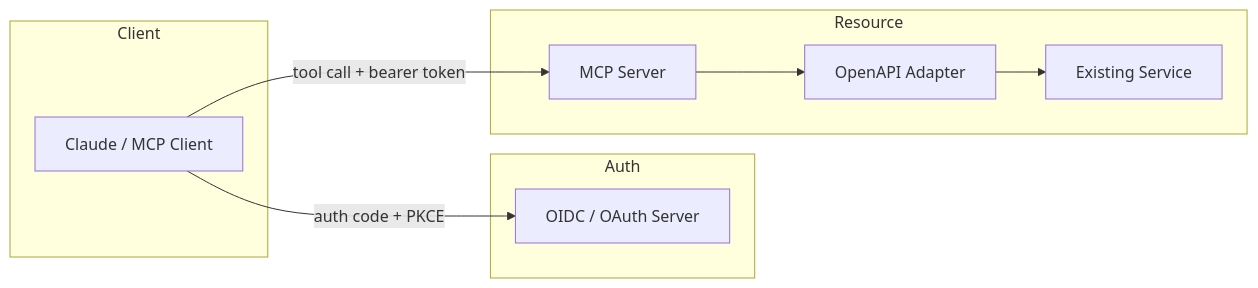
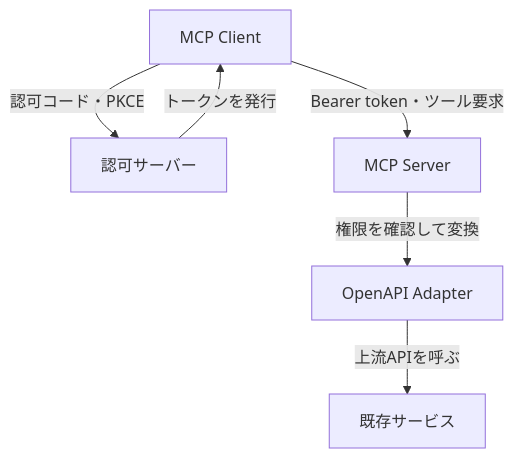
The fourth of 4 diagrams in articles/report/oauth21-pkce-mcp-auth/ja/index.mdx (daylight55/research), drawn with Mermaid before and after one commit. The commit also changed other lines of this file and 181 other files, not shown here.

First line of the commit message:
全記事の図解368点を再生成し、共通注意書きを削除 (#402)

````diff
--- a/articles/report/oauth21-pkce-mcp-auth/ja/index.mdx
+++ b/articles/report/oauth21-pkce-mcp-auth/ja/index.mdx
@@ -254,17 +268,15 @@
 ```mermaid
-flowchart LR
-  subgraph "Client"
-    C["Claude / MCP Client"]
-  end
-  subgraph "Auth"
-    AS["OIDC / OAuth Server"]
-  end
-  subgraph "Resource"
-    M["MCP Server"]
-    A["OpenAPI Adapter"]
-    S["Existing Service"]
-  end
-  C -->|auth code + PKCE| AS
-  C -->|tool call + bearer token| M
-  M --> A --> S
+flowchart TD
+  accTitle: MCP・認可サーバー・上流APIの境界
+  accDescr: トークン発行とツール実行を分離し、上流APIへの接続はアダプター側で扱う。
+  N0["MCP Client"]
+  N1["認可サーバー"]
+  N2["MCP Server"]
+  N3["OpenAPI Adapter"]
+  N4["既存サービス"]
+  N0 -->|認可コード・PKCE| N1
+  N1 -->|トークンを発行| N0
+  N0 -->|Bearer token・ツール要求| N2
+  N2 -->|権限を確認して変換| N3
+  N3 -->|上流APIを呼ぶ| N4
 ```
````
